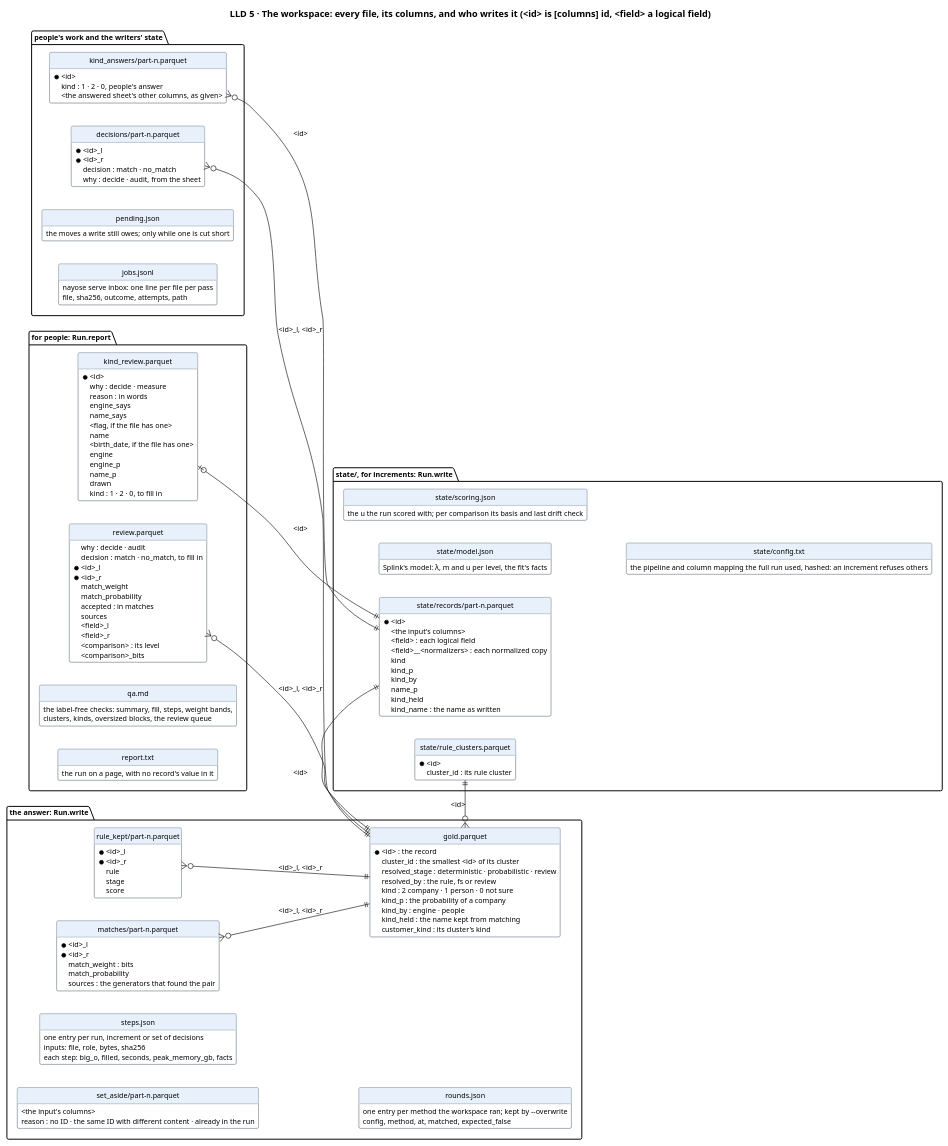
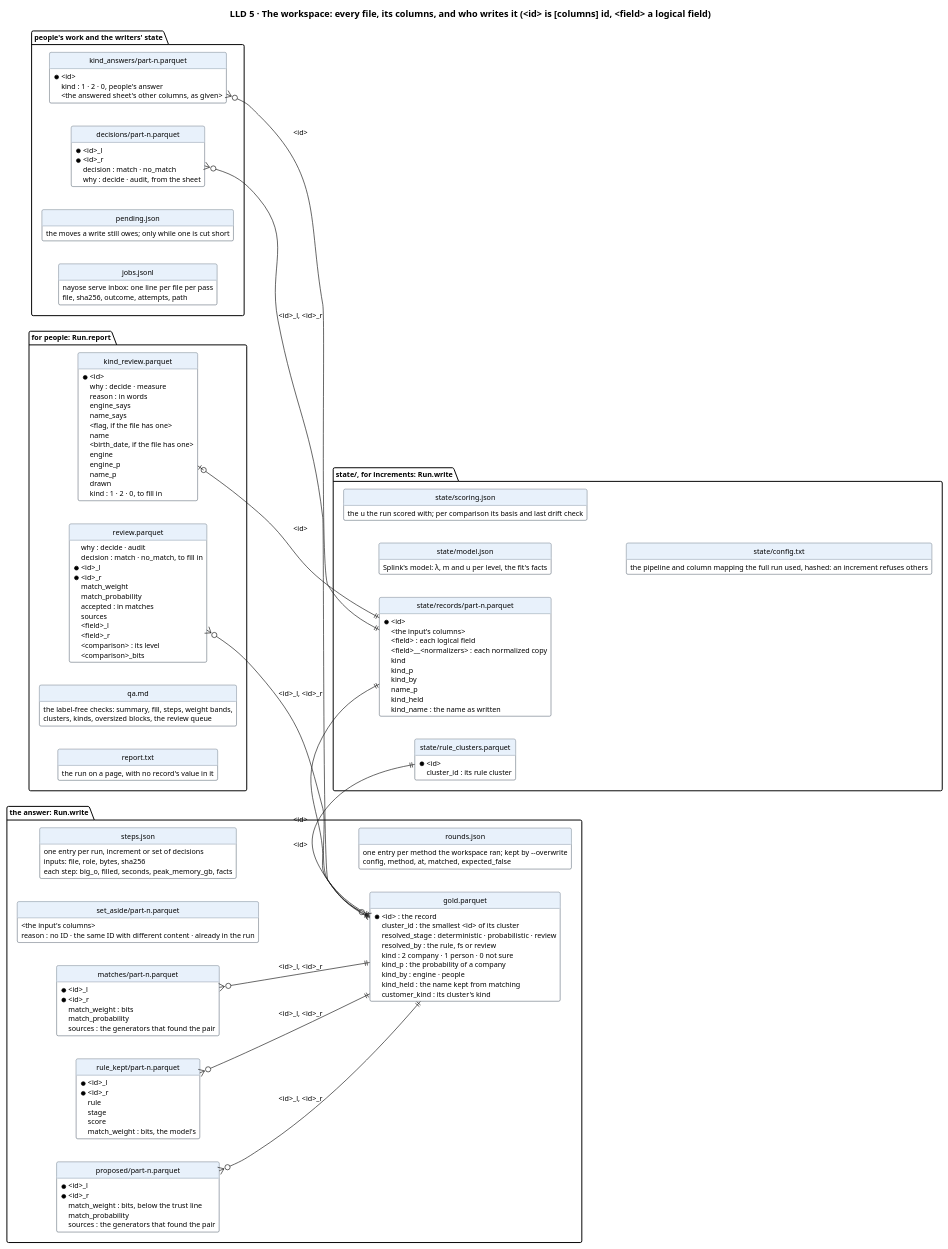
One commit to mvsbm/entity_matching changed the diagram in docs/diagrams/data.puml. Above: the diagram before and after it, drawn with PlantUML. The commit also changed 17 other files, not shown here.

First line of the commit message:
The trust line: nothing joins before people have checked a sample of its score range

```diff
--- a/docs/diagrams/data.puml
+++ b/docs/diagrams/data.puml
@@ -1,152 +1,162 @@
 @startuml data
 title LLD 5 · The workspace: every file, its columns, and who writes it (<id> is [columns] id, <field> a logical field)
 set namespaceSeparator none
 left to right direction
 hide circle
 hide methods
 skinparam defaultFontSize 11
 skinparam class {
   BackgroundColor #FFFFFF
   BorderColor #65717E
   HeaderBackgroundColor #E8F1FB
 }
 
 package "the answer: Run.write" {
   entity "gold.parquet" as gold {
     * <id> : the record
     cluster_id : the smallest <id> of its cluster
     resolved_stage : deterministic · probabilistic · review
     resolved_by : the rule, fs or review
     kind : 2 company · 1 person · 0 not sure
     kind_p : the probability of a company
     kind_by : engine · people
     kind_held : the name kept from matching
     customer_kind : its cluster's kind
   }
   entity "matches/part-n.parquet" as matches {
     * <id>_l
     * <id>_r
     match_weight : bits
     match_probability
     sources : the generators that found the pair
   }
   entity "rule_kept/part-n.parquet" as rule_kept {
     * <id>_l
     * <id>_r
     rule
     stage
     score
+    match_weight : bits, the model's
+    merged : at the trust line or above (none set: every pair), and no no_match
+  }
+  entity "proposed/part-n.parquet" as proposed {
+    * <id>_l
+    * <id>_r
+    match_weight : bits, below the trust line
+    match_probability
+    sources : the generators that found the pair
   }
   entity "set_aside/part-n.parquet" as set_aside {
     <the input's columns>
     reason : no ID · the same ID with different content · already in the run
   }
   entity "steps.json" as steps {
     one entry per run, increment or set of decisions
     inputs: file, role, bytes, sha256
     each step: big_o, filled, seconds, peak_memory_gb, facts
   }
   entity "rounds.json" as rounds {
     one entry per method the workspace ran; kept by --overwrite
     config, method, at, matched, expected_false
   }
 }
 
 package "state/, for increments: Run.write" {
   entity "state/records/part-n.parquet" as records {
     * <id>
     <the input's columns>
     <field> : each logical field
     <field>__<normalizers> : each normalized copy
     kind
     kind_p
     kind_by
     name_p
     kind_held
     kind_name : the name as written
   }
   entity "state/rule_clusters.parquet" as rule_clusters {
     * <id>
     cluster_id : its rule cluster
   }
   entity "state/model.json" as model {
     Splink's model: λ, m and u per level, the fit's facts
   }
   entity "state/scoring.json" as scoring {
     the u the run scored with; per comparison its basis and last drift check
   }
   entity "state/config.txt" as config {
     the pipeline and column mapping the full run used, hashed: an increment refuses others
   }
 }
 
 package "for people: Run.report" {
   entity "review.parquet" as review {
     why : decide · audit
     decision : match · no_match, to fill in
     * <id>_l
     * <id>_r
     match_weight
     match_probability
     accepted : in matches
     sources
     <field>_l
     <field>_r
     <comparison> : its level
     <comparison>_bits
   }
   entity "kind_review.parquet" as kind_review {
     * <id>
     why : decide · measure
     reason : in words
     engine_says
     name_says
     <flag, if the file has one>
     name
     <birth_date, if the file has one>
     engine
     engine_p
     name_p
     drawn
     kind : 1 · 2 · 0, to fill in
   }
   entity "qa.md" as qa {
     the label-free checks: summary, fill, steps, weight bands,
     clusters, kinds, oversized blocks, the review queue
   }
   entity "report.txt" as report {
     the run on a page, with no record's value in it
   }
 }
 
 package "people's work and the writers' state" {
   entity "decisions/part-n.parquet" as decisions {
     * <id>_l
     * <id>_r
     decision : match · no_match
     why : decide · audit, from the sheet
     round : the round it was decided in (rounds.json)
   }
   entity "kind_answers/part-n.parquet" as kind_answers {
     * <id>
     kind : 1 · 2 · 0, people's answer
     <the answered sheet's other columns, as given>
   }
   entity "pending.json" as pending {
     the moves a write still owes; only while one is cut short
   }
   entity "jobs.jsonl" as jobs {
     nayose serve inbox: one line per file per pass
     file, sha256, outcome, attempts, path
   }
 }
 
 gold }o--|| rule_clusters : <id>
 matches }o--|| gold : <id>_l, <id>_r
 rule_kept }o--|| gold : <id>_l, <id>_r
+proposed }o--|| gold : <id>_l, <id>_r
 records ||--|| gold : <id>
 kind_answers }o--|| records : <id>
 review }o--|| gold : <id>_l, <id>_r
 kind_review |o--|| records : <id>
 decisions }o--|| gold : <id>_l, <id>_r
 @enduml
```
